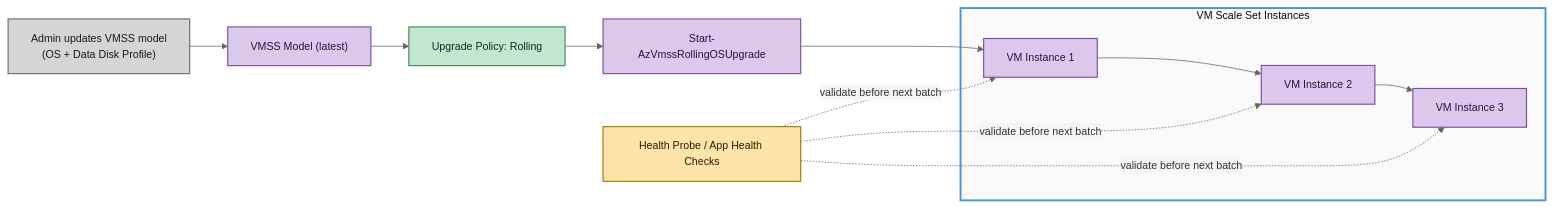
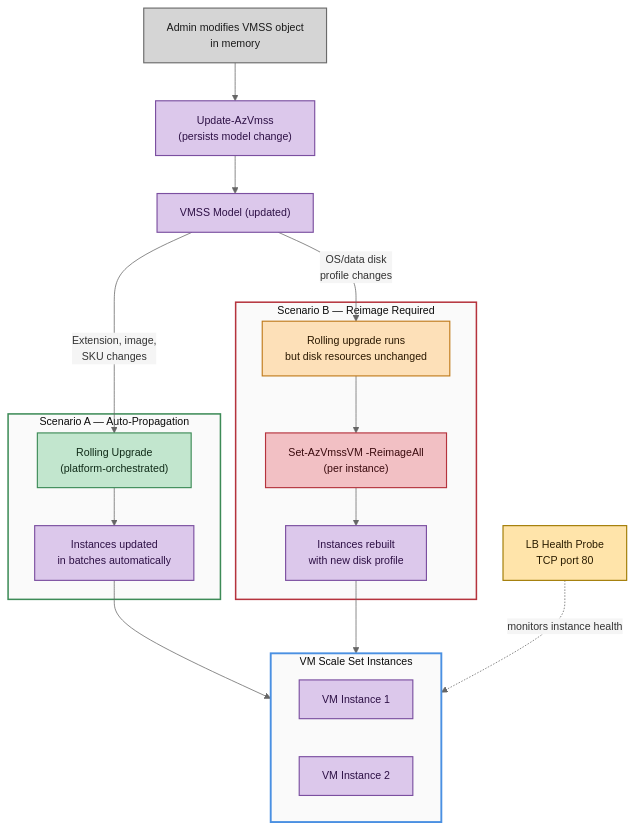
One commit to Greg-T8/LearningAzure changed the diagram in AZ-104/hands-on-labs/compute/lab-vmss-rolling-upgrade/README.md. Above: the diagram before and after it, drawn with Mermaid. The commit also changed other lines of this file, not shown here.

Commit message:
feat: Update README for VMSS Rolling Upgrade lab to clarify cmdlet usage and scenarios

````diff
--- a/AZ-104/hands-on-labs/compute/lab-vmss-rolling-upgrade/README.md
+++ b/AZ-104/hands-on-labs/compute/lab-vmss-rolling-upgrade/README.md
@@ -32,46 +32,58 @@
 ```mermaid
 %%{init: {
   "theme": "base",
   "themeVariables": {
     "background": "#F5F5F5",
     "primaryColor": "#E8E8E8",
     "primaryTextColor": "#333333",
     "primaryBorderColor": "#999999",
     "lineColor": "#666666",
     "clusterBkg": "#FAFAFA",
     "clusterBorder": "#CCCCCC",
     "edgeLabelBackground": "#F5F5F5",
     "fontFamily": "Segoe UI, Roboto, Arial, sans-serif",
     "fontSize": "14px"
   }
 }}%%
-flowchart LR
+flowchart TB
     classDef compute    fill:#DCC8EB,stroke:#7B4FA0,color:#2D1045,stroke-width:1.5px;
     classDef network    fill:#C2E6CE,stroke:#3D8B57,color:#102B18,stroke-width:1.5px;
     classDef security   fill:#F2C0C4,stroke:#B5333D,color:#3A0A0E,stroke-width:1.5px;
     classDef storage    fill:#FDE0B8,stroke:#C07A1A,color:#2A1800,stroke-width:1.5px;
     classDef recovery   fill:#B8D8F2,stroke:#2A6BAD,color:#0D2240,stroke-width:1.5px;
     classDef identity   fill:#B0E2E8,stroke:#1A7C86,color:#082628,stroke-width:1.5px;
     classDef monitor    fill:#FFE4AA,stroke:#A07A00,color:#2A1C00,stroke-width:1.5px;
     classDef governance fill:#D5D5D5,stroke:#6B6B6B,color:#1A1A1A,stroke-width:1.5px;
 
-    admin["Admin updates VMSS model<br/>(OS + Data Disk Profile)"]:::governance
-    model["VMSS Model (latest)"]:::compute
-    policy["Upgrade Policy: Rolling"]:::network
-    cmd["Start-AzVmssRollingOSUpgrade"]:::compute
-    health["Health Probe / App Health Checks"]:::monitor
+    admin["Admin modifies VMSS object<br/>in memory"]:::governance
+    update["Update-AzVmss<br/>(persists model change)"]:::compute
+    model["VMSS Model (updated)"]:::compute
+    health["LB Health Probe<br/>TCP port 80"]:::monitor
+
+    subgraph pathA ["Scenario A — Auto-Propagation"]
+      rolling["Rolling Upgrade<br/>(platform-orchestrated)"]:::network
+      autoApply["Instances updated<br/>in batches automatically"]:::compute
+    end
+
+    subgraph pathB ["Scenario B — Reimage Required"]
+      noEffect["Rolling upgrade runs<br/>but disk resources unchanged"]:::storage
+      reimage["Set-AzVmssVM -ReimageAll<br/>(per instance)"]:::security
+      rebuilt["Instances rebuilt<br/>with new disk profile"]:::compute
+    end
 
     subgraph VMSS["VM Scale Set Instances"]
       vm1["VM Instance 1"]:::compute
       vm2["VM Instance 2"]:::compute
-      vm3["VM Instance 3"]:::compute
     end
 
-    admin --> model --> policy --> cmd
-    cmd --> vm1 --> vm2 --> vm3
-    health -. validate before next batch .-> vm1
-    health -. validate before next batch .-> vm2
-    health -. validate before next batch .-> vm3
+    admin --> update --> model
+    model -->|"Extension, image,<br/>SKU changes"| rolling
+    rolling --> autoApply --> VMSS
+    model -->|"OS/data disk<br/>profile changes"| noEffect
+    noEffect --> reimage --> rebuilt --> VMSS
+    health -. monitors instance health .-> VMSS
 
+    style pathA stroke:#3D8B57,stroke-width:2px
+    style pathB stroke:#B5333D,stroke-width:2px
     style VMSS stroke:#4A90E2,stroke-width:2.5px
 ```
````
